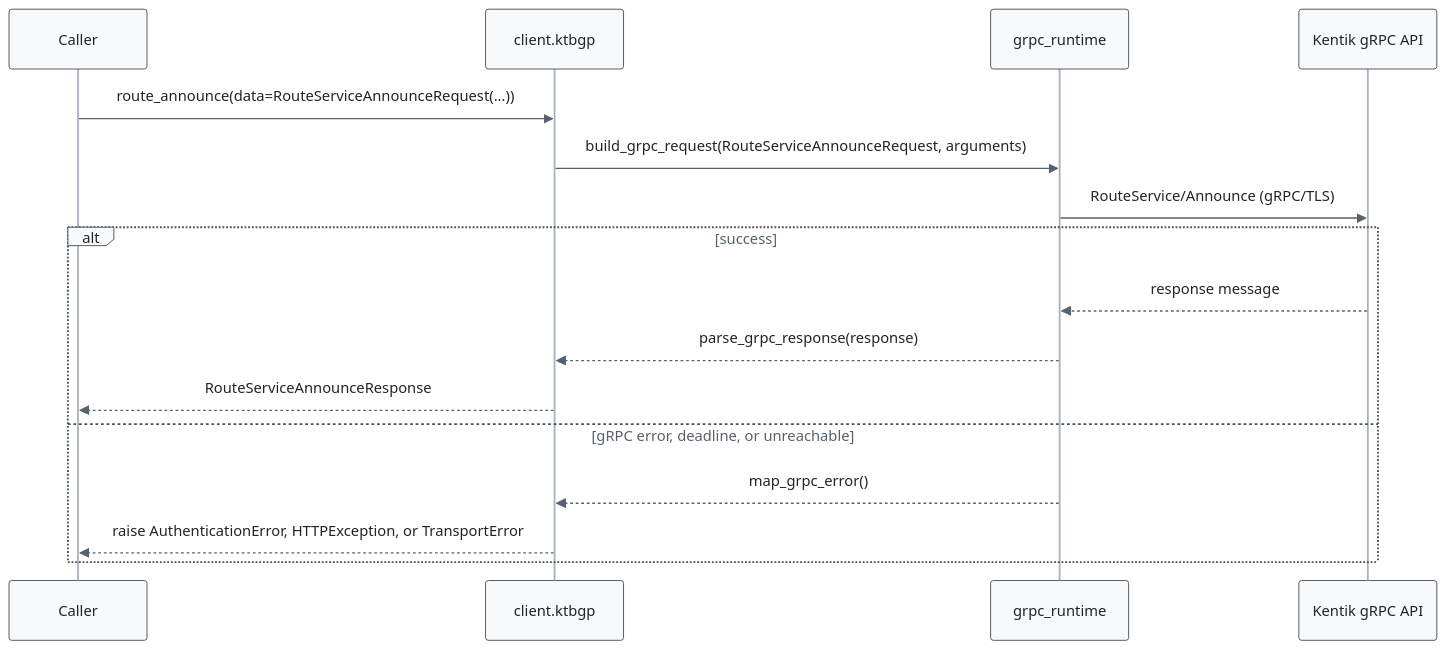
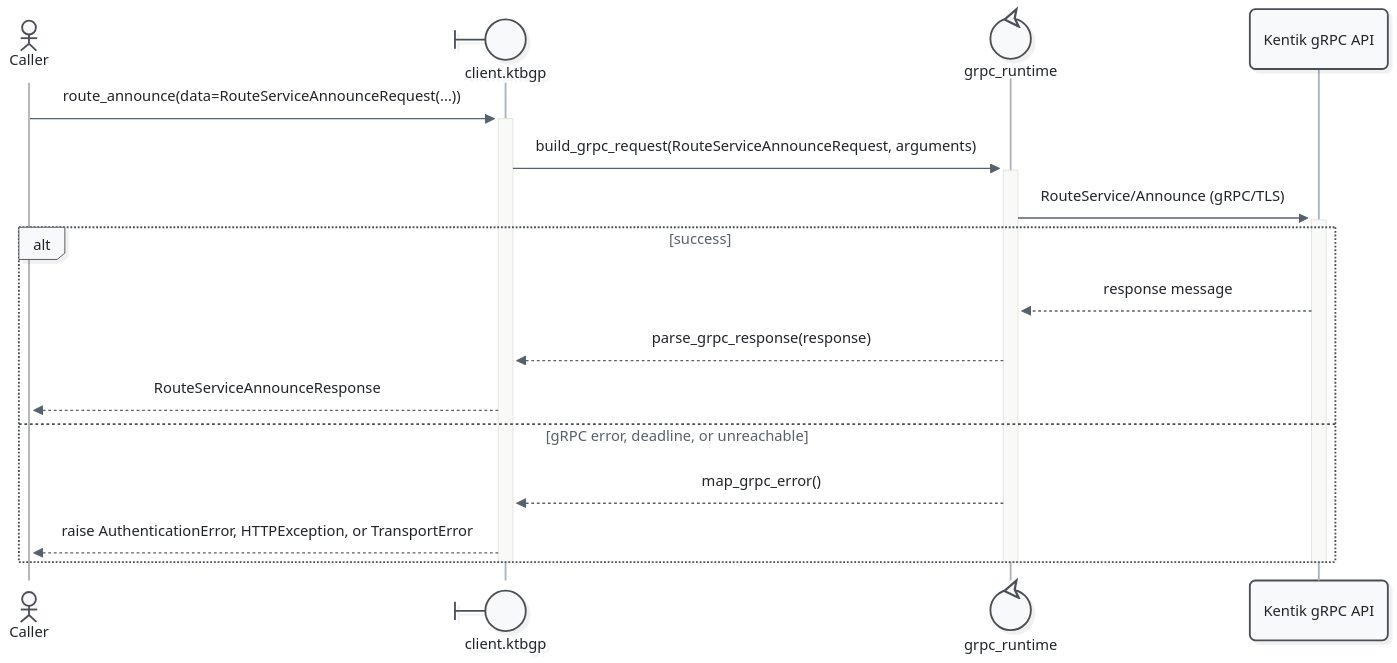
One commit to alexdearaujo/community_sdk_python changed the second of 7 diagrams in docs/sphinx/services/ktbgp.md. Above: the diagram before and after it, drawn with Mermaid. The commit also changed other lines of this file and 52 other files, not shown here.

First line of the commit message:
docs: Mermaid 12 sequence diagrams with participant types and path colors

````diff
--- a/docs/sphinx/services/ktbgp.md
+++ b/docs/sphinx/services/ktbgp.md
@@ -53,20 +55,23 @@
 ```mermaid
-%%{init: {"theme": "base", "fontFamily": "ui-monospace, SFMono-Regular, Menlo, monospace", "themeVariables": {"fontFamily": "ui-monospace, SFMono-Regular, Menlo, monospace", "primaryColor": "#f8f9fa", "primaryBorderColor": "#495057", "primaryTextColor": "#212529", "textColor": "#212529", "lineColor": "#77818c", "edgeLabelBackground": "#ffffff", "actorBkg": "#f8f9fa", "actorBorder": "#495057", "actorTextColor": "#212529", "actorLineColor": "#a9b3be", "signalColor": "#57616d", "signalTextColor": "#212529", "labelBoxBkgColor": "#f8f9fa", "labelBoxBorderColor": "#495057", "labelTextColor": "#212529", "loopTextColor": "#57616d", "noteBkgColor": "#fff9db", "noteBorderColor": "#f08c00", "noteTextColor": "#a35a00"}, "flowchart": {"curve": "step", "nodeSpacing": 30, "rankSpacing": 70, "wrappingWidth": 400}}}%%
+%%{init: {"theme": "redux", "look": "neo", "layout": "dagre", "fontFamily": "ui-monospace, SFMono-Regular, Menlo, monospace", "themeVariables": {"fontFamily": "ui-monospace, SFMono-Regular, Menlo, monospace", "primaryColor": "#f8f9fa", "primaryBorderColor": "#495057", "primaryTextColor": "#212529", "textColor": "#212529", "lineColor": "#77818c", "edgeLabelBackground": "#ffffff", "actorBkg": "#f8f9fa", "actorBorder": "#495057", "actorTextColor": "#212529", "actorLineColor": "#a9b3be", "signalColor": "#57616d", "signalTextColor": "#212529", "labelBoxBkgColor": "#f8f9fa", "labelBoxBorderColor": "#495057", "labelTextColor": "#212529", "loopTextColor": "#57616d", "noteBkgColor": "#fff9db", "noteBorderColor": "#f08c00", "noteTextColor": "#a35a00"}, "sequence": {"activationWidth": 16}, "flowchart": {"curve": "step", "nodeSpacing": 30, "rankSpacing": 70, "wrappingWidth": 400}}}%%
 sequenceDiagram
-    participant C as Caller
-    participant W as client.ktbgp
-    participant R as grpc_runtime
+    actor C as Caller
+    participant W@{ "type": "boundary" } as client.ktbgp
+    participant R@{ "type": "control" } as grpc_runtime
     participant API as Kentik gRPC API
 
-    C->>W: route_announce(data=RouteServiceAnnounceRequest(...))
-    W->>R: build_grpc_request(RouteServiceAnnounceRequest, arguments)
-    R->>API: RouteService/Announce (gRPC/TLS)
+    C->>+W: route_announce(data=RouteServiceAnnounceRequest(...))
+    W->>+R: build_grpc_request(RouteServiceAnnounceRequest, arguments)
+    R->>+API: RouteService/Announce (gRPC/TLS)
     alt success
         API-->>R: response message
         R-->>W: parse_grpc_response(response)
         W-->>C: RouteServiceAnnounceResponse
     else gRPC error, deadline, or unreachable
         R-->>W: map_grpc_error()
         W-->>C: raise AuthenticationError, HTTPException, or TransportError
     end
+    deactivate API
+    deactivate R
+    deactivate W
 ```
````
